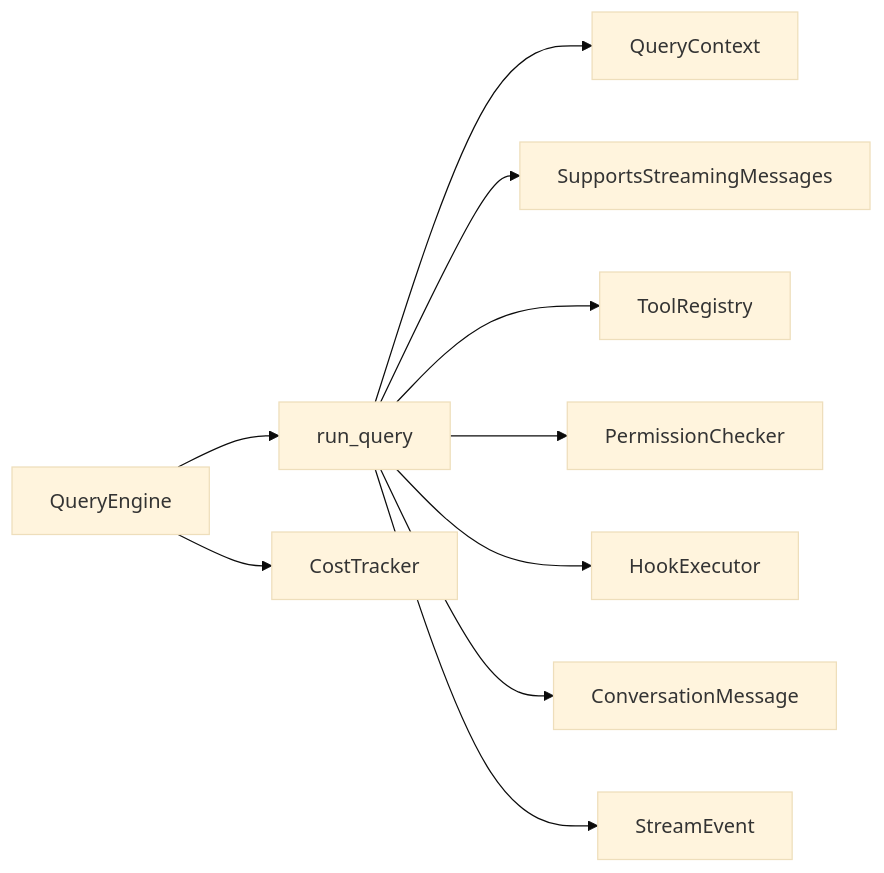
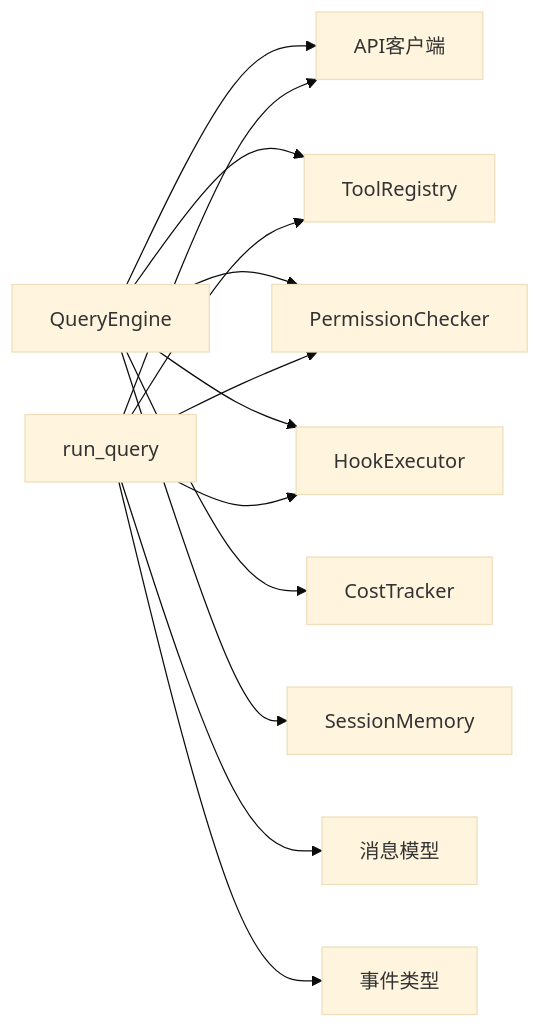
The fourth of 4 diagrams in .qoder/repowiki/zh/content/核心概念/代理循环机制.md (haolange/OpenHarness), drawn with Mermaid (base theme) before and after one commit. The commit also changed other lines of this file and 222 other files, not shown here.

````diff
--- a/.qoder/repowiki/zh/content/核心概念/代理循环机制.md
+++ b/.qoder/repowiki/zh/content/核心概念/代理循环机制.md
@@ -302,12 +252,15 @@
 ```mermaid
 graph LR
-QE["QueryEngine"] --> QF["run_query"]
+QE["QueryEngine"] --> API["API客户端"]
+QE --> TR["ToolRegistry"]
+QE --> PC["PermissionChecker"]
+QE --> HK["HookExecutor"]
 QE --> CT["CostTracker"]
-QF --> QC["QueryContext"]
-QF --> API["SupportsStreamingMessages"]
-QF --> TR["ToolRegistry"]
-QF --> PC["PermissionChecker"]
-QF --> HK["HookExecutor"]
-QF --> MSG["ConversationMessage"]
-QF --> SE["StreamEvent"]
+QE --> SM["SessionMemory"]
+Q["run_query"] --> API
+Q --> TR
+Q --> PC
+Q --> HK
+Q --> MSG["消息模型"]
+Q --> EVT["事件类型"]
 ```
````
